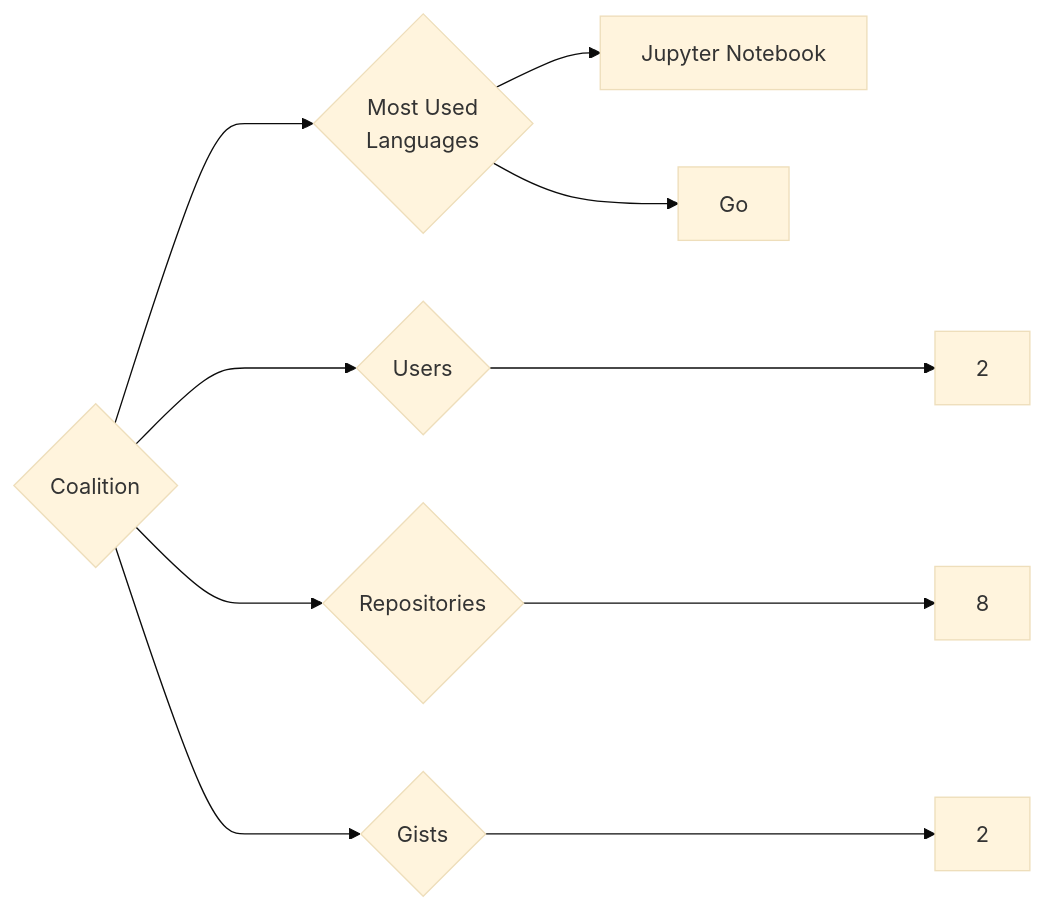
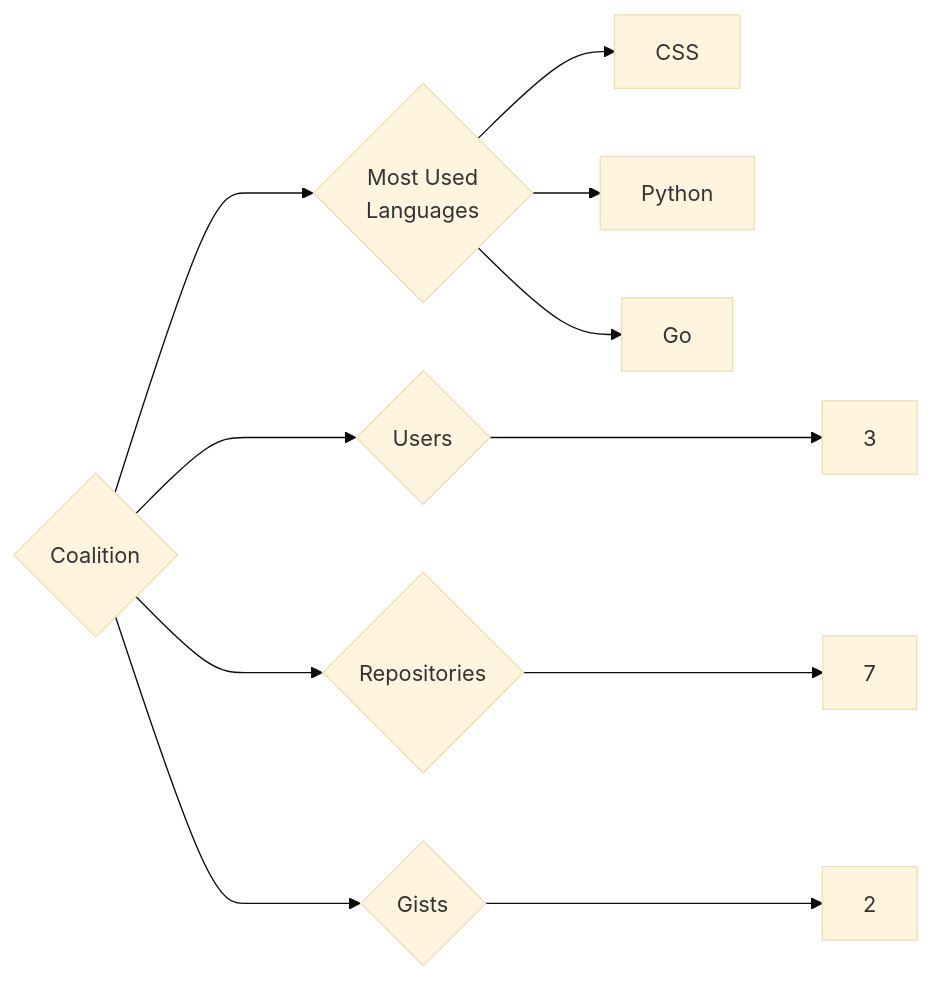
The diagram in targets/Coalition/README.md (trickest/insiders), drawn with Mermaid (base theme) before and after one commit. The commit also changed 783 other files, not shown here.

````diff
--- a/targets/Coalition/README.md
+++ b/targets/Coalition/README.md
@@ -3,10 +3,11 @@
 ```mermaid
 graph LR
 COMPANY_NAME{Coalition}
-COMPANY_NAME ---> U{Users} ---> UN[2]
-COMPANY_NAME ---> R{Repositories} ---> RN[8]
+COMPANY_NAME ---> U{Users} ---> UN[3]
+COMPANY_NAME ---> R{Repositories} ---> RN[7]
 COMPANY_NAME ---> G{Gists} ---> GN[2]
 COMPANY_NAME ---> ML{Most Used<br>Languages}
-ML --> Jupyter_Notebook[Jupyter Notebook]
+ML --> CSS[CSS]
+ML --> Python[Python]
 ML --> Go[Go]
 ```
````
